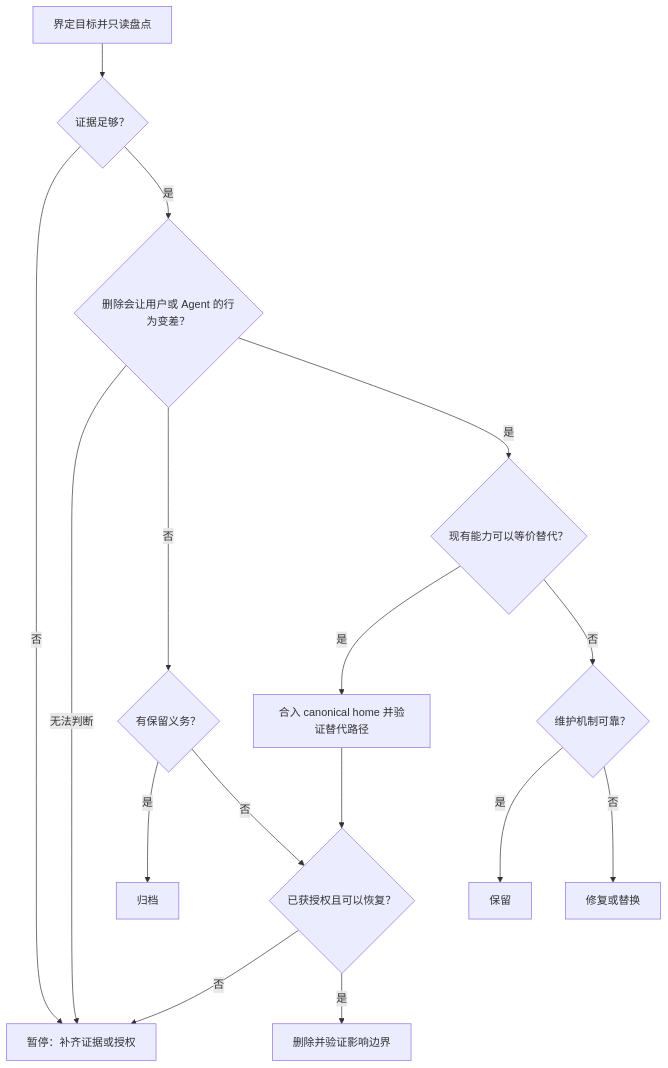
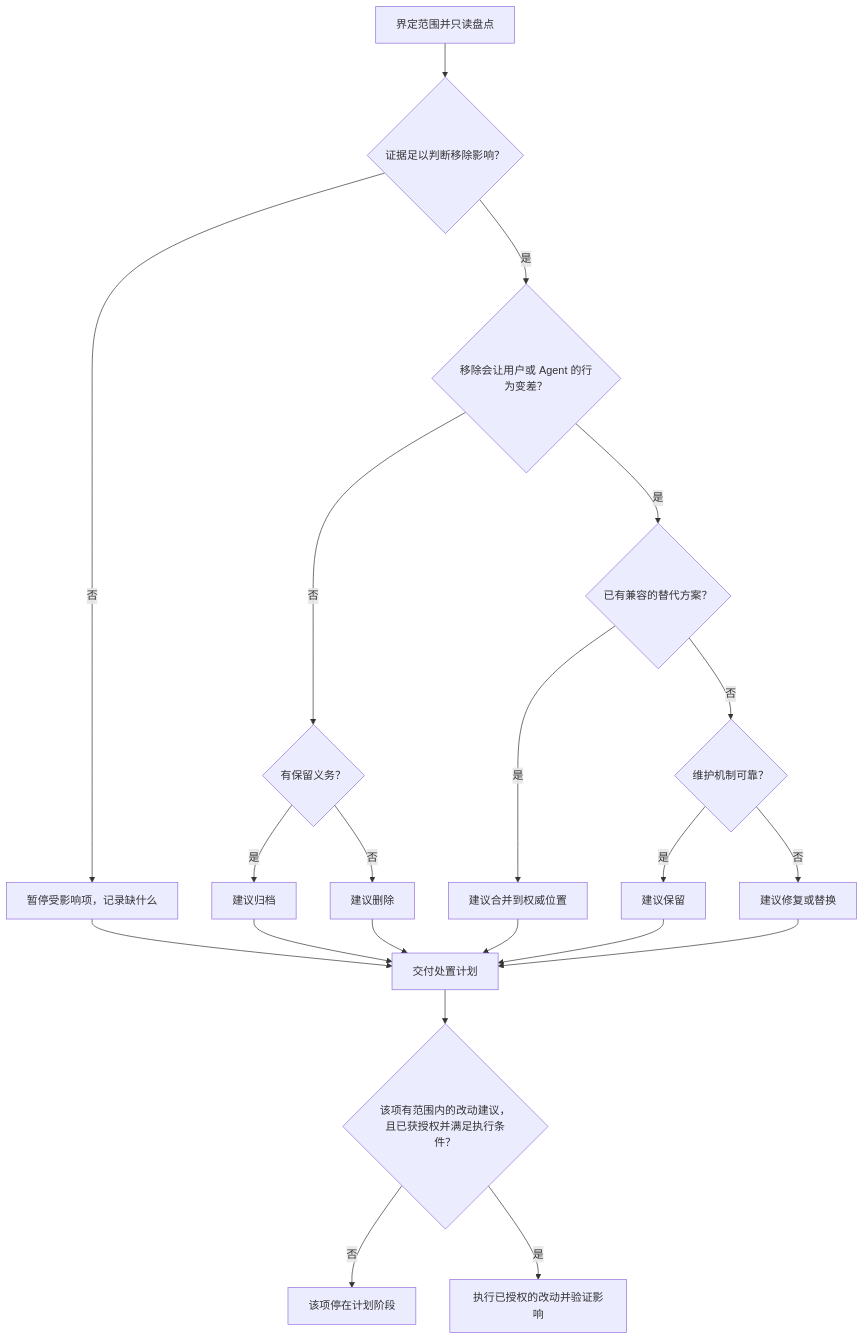
Before and after one commit to zhaidewei/da-sao-chu: the diagram in README.zh-CN.md, drawn with Mermaid. The commit also changed other lines of this file and 3 other files, not shown here.

Commit message:
docs: express skill workflows with PlantUML

````diff
--- a/README.zh-CN.md
+++ b/README.zh-CN.md
@@ -45,18 +45,18 @@
 ```mermaid
 flowchart TD
-    A["界定目标并只读盘点"] --> B{"证据足够？"}
-    B -- "否" --> P["暂停：补齐证据或授权"]
-    B -- "是" --> C{"删除会让用户或 Agent 的行为变差？"}
-    C -- "无法判断" --> P
+    A["界定范围并只读盘点"] --> B{"证据足以判断移除影响？"}
+    B -- "否" --> H["暂停受影响项，记录缺什么"]
+    B -- "是" --> C{"移除会让用户或 Agent 的行为变差？"}
     C -- "否" --> D{"有保留义务？"}
-    D -- "是" --> R["归档"]
-    D -- "否" --> G{"已获授权且可以恢复？"}
-    C -- "是" --> E{"现有能力可以等价替代？"}
-    E -- "是" --> M["合入 canonical home 并验证替代路径"]
-    M --> G
+    D -- "是" --> R["建议归档"]
+    D -- "否" --> X["建议删除"]
+    C -- "是" --> E{"已有兼容的替代方案？"}
+    E -- "是" --> M["建议合并到权威位置"]
     E -- "否" --> F{"维护机制可靠？"}
-    F -- "是" --> K["保留"]
-    F -- "否" --> N["修复或替换"]
-    G -- "否" --> P
-    G -- "是" --> X["删除并验证影响边界"]
+    F -- "是" --> K["建议保留"]
+    F -- "否" --> N["建议修复或替换"]
+    H & R & X & M & K & N --> P["交付处置计划"]
+    P --> G{"该项有范围内的改动建议，且已获授权并满足执行条件？"}
+    G -- "否" --> W["该项停在计划阶段"]
+    G -- "是" --> V["执行已授权的改动并验证影响"]
 ```
````
